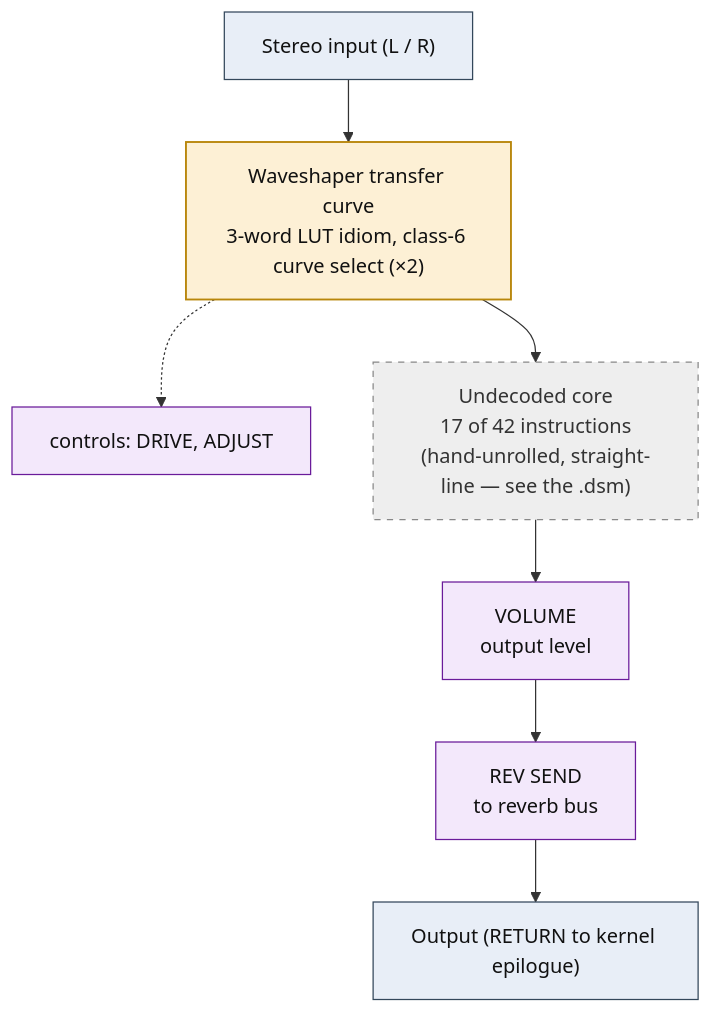
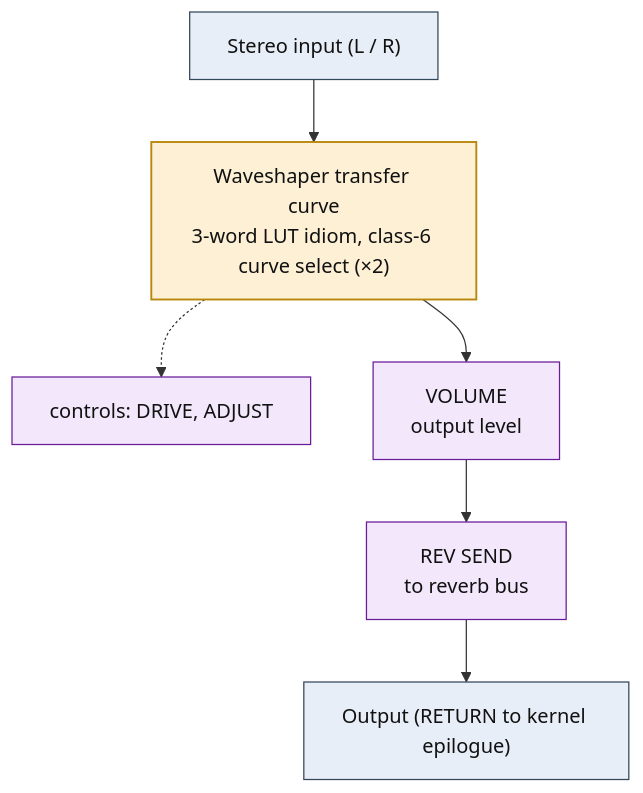
The diagram in dsp/flowcharts/prog32_distortion.md (ArqueologiaDigital/kn5000-roms-disasm), drawn with Mermaid before and after one commit. The commit also changed other lines of this file and 39 other files, not shown here.

First line of the commit message:
dsp: annotate all flowcharts with the classic effect topology each shape matches

````diff
--- a/dsp/flowcharts/prog32_distortion.md
+++ b/dsp/flowcharts/prog32_distortion.md
@@ -12,27 +12,24 @@
 ```mermaid
 flowchart TD
     N0["Stereo input (L / R)"]
     N1["Waveshaper transfer curve<br/>3-word LUT idiom, class-6 curve select (&times;2)"]
     N0 --> N1
     N2["controls: DRIVE, ADJUST"]
     N1 -.-> N2
-    N3["Undecoded core<br/>17 of 42 instructions<br/>(hand-unrolled, straight-line &mdash; see the .dsm)"]
+    N3["VOLUME<br/>output level"]
     N1 --> N3
-    N4["VOLUME<br/>output level"]
+    N4["REV SEND<br/>to reverb bus"]
     N3 --> N4
-    N5["REV SEND<br/>to reverb bus"]
+    N5["Output (RETURN to kernel epilogue)"]
     N4 --> N5
-    N6["Output (RETURN to kernel epilogue)"]
-    N5 --> N6
 
     classDef io fill:#e8eef7,stroke:#33475b,stroke-width:1px,color:#111;
     classDef proven fill:#d7f0d7,stroke:#2e7d32,stroke-width:2px,color:#111;
     classDef measured fill:#dbe9fb,stroke:#1565c0,stroke-width:1.5px,color:#111;
     classDef inferred fill:#fdf0d5,stroke:#b8860b,stroke-width:1.5px,color:#111;
     classDef open fill:#eeeeee,stroke:#888,stroke-width:1px,color:#333,stroke-dasharray:5 5;
     classDef ctrl fill:#f3e8fb,stroke:#6a1b9a,stroke-width:1px,color:#111;
-    class N0,N6 io;
+    class N0,N5 io;
     class N1 inferred;
-    class N2,N4,N5 ctrl;
-    class N3 open;
+    class N2,N3,N4 ctrl;
 ```
````
